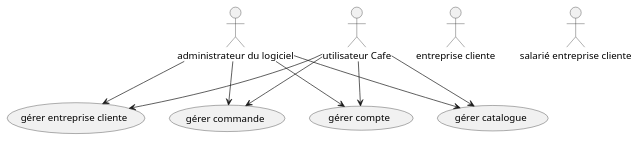
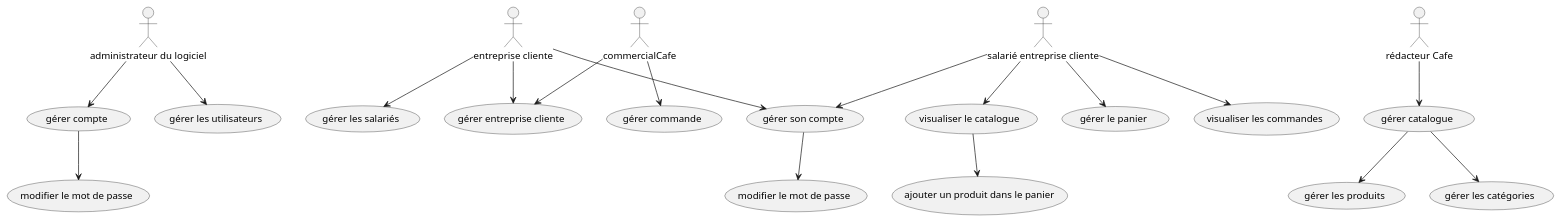
One commit to nathanpierret/PRIVATE changed the diagram in usecase.plantuml. Above: the diagram before and after it, drawn with PlantUML. The commit also changed 9 other files, not shown here.

Commit message:
Modification Diagramme UseCases et implémentation du code

```diff
--- a/usecase.plantuml
+++ b/usecase.plantuml
@@ -1,24 +1,49 @@
 @startuml
 
 usecase (gérer compte) as UC_Gerer_Compte
+usecase (gérer son compte) as UC_Gerer_Compte2
 usecase (gérer catalogue) as UC_Gerer_Catalogue
 usecase (gérer entreprise cliente) as UC_Gerer_Entreprise
 usecase (gérer commande) as UC_Gerer_Commande
-
+usecase (modifier le mot de passe) as UC_MDP
+usecase (modifier le mot de passe) as UC_MDP2
+usecase (gérer les produits) as UC_G_Produit
+usecase (gérer les catégories) as UC_G_Categorie
+usecase (gérer les utilisateurs) as UC_G_Utils
+usecase (gérer les salariés) as UC_Gerer_Salaries
+usecase (visualiser le catalogue) as UC_Voir_Catalogue
+usecase (gérer le panier) as UC_G_Panier
+usecase (visualiser les commandes) as UC_Voir_Commande
+usecase (ajouter un produit dans le panier) as UC_Ajout_Panier
 
 actor :administrateur du logiciel: as admin
-actor :utilisateur Cafe: as userCafe
+actor :rédacteur Cafe: as redacCafe
+actor :commercialCafe: as comCafe
 actor :entreprise cliente: as entreprise
 actor :salarié entreprise cliente: as salarie
 
 
 admin --> UC_Gerer_Compte
-admin --> UC_Gerer_Catalogue
-admin --> UC_Gerer_Entreprise
-admin --> UC_Gerer_Commande
+admin --> UC_G_Utils
 
-userCafe --> UC_Gerer_Compte
-userCafe --> UC_Gerer_Catalogue
-userCafe --> UC_Gerer_Entreprise
-userCafe --> UC_Gerer_Commande
+redacCafe --> UC_Gerer_Catalogue
+
+comCafe --> UC_Gerer_Entreprise
+comCafe --> UC_Gerer_Commande
+
+entreprise --> UC_Gerer_Entreprise
+entreprise --> UC_Gerer_Salaries
+entreprise --> UC_Gerer_Compte2
+
+salarie --> UC_Voir_Catalogue
+salarie --> UC_G_Panier
+salarie --> UC_Voir_Commande
+salarie --> UC_Gerer_Compte2
+
+UC_Gerer_Compte --> UC_MDP
+UC_Gerer_Compte2 --> UC_MDP2
+UC_Gerer_Catalogue --> UC_G_Produit
+UC_Gerer_Catalogue --> UC_G_Categorie
+UC_Voir_Catalogue --> UC_Ajout_Panier
+
 @enduml
```
